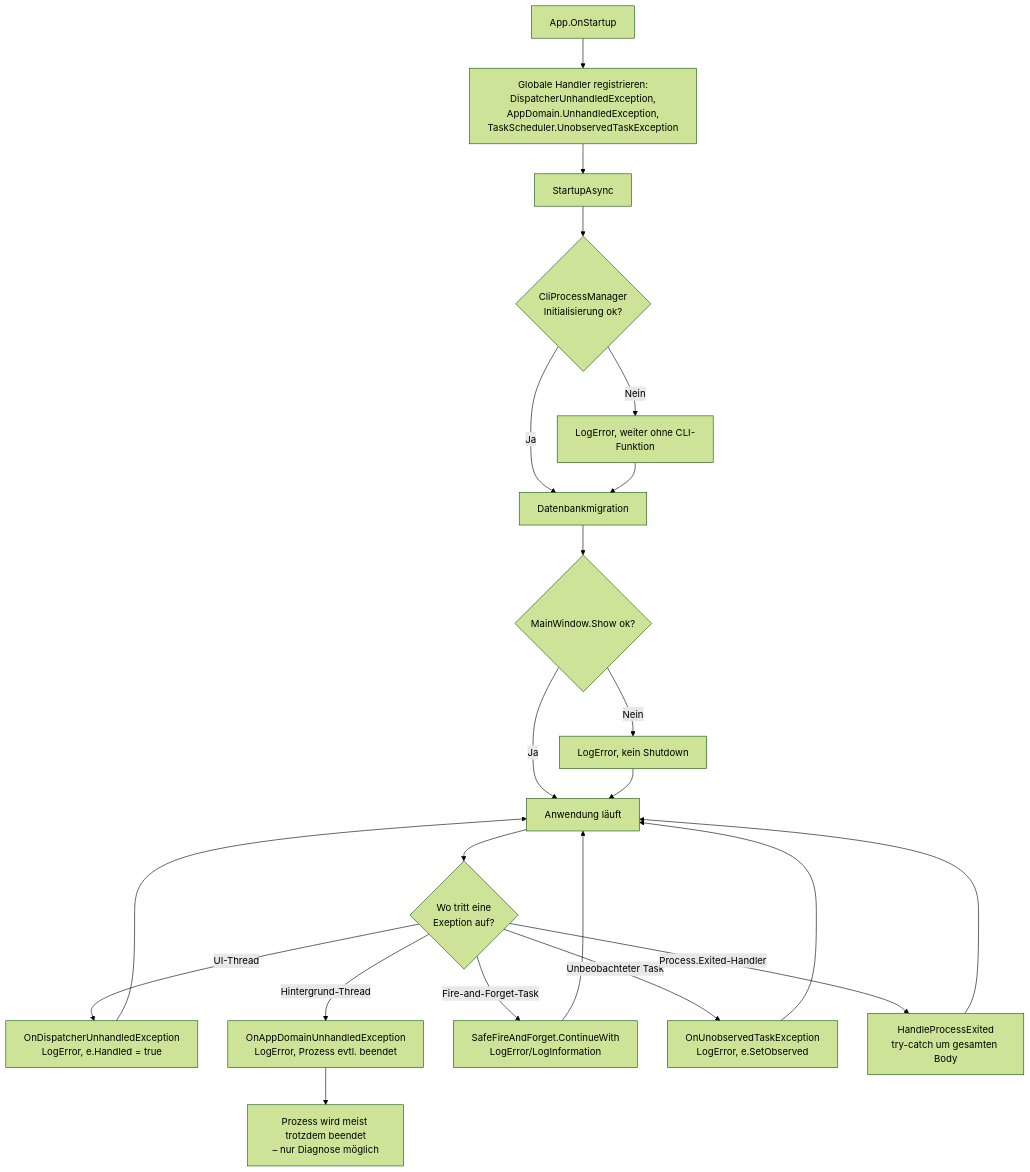
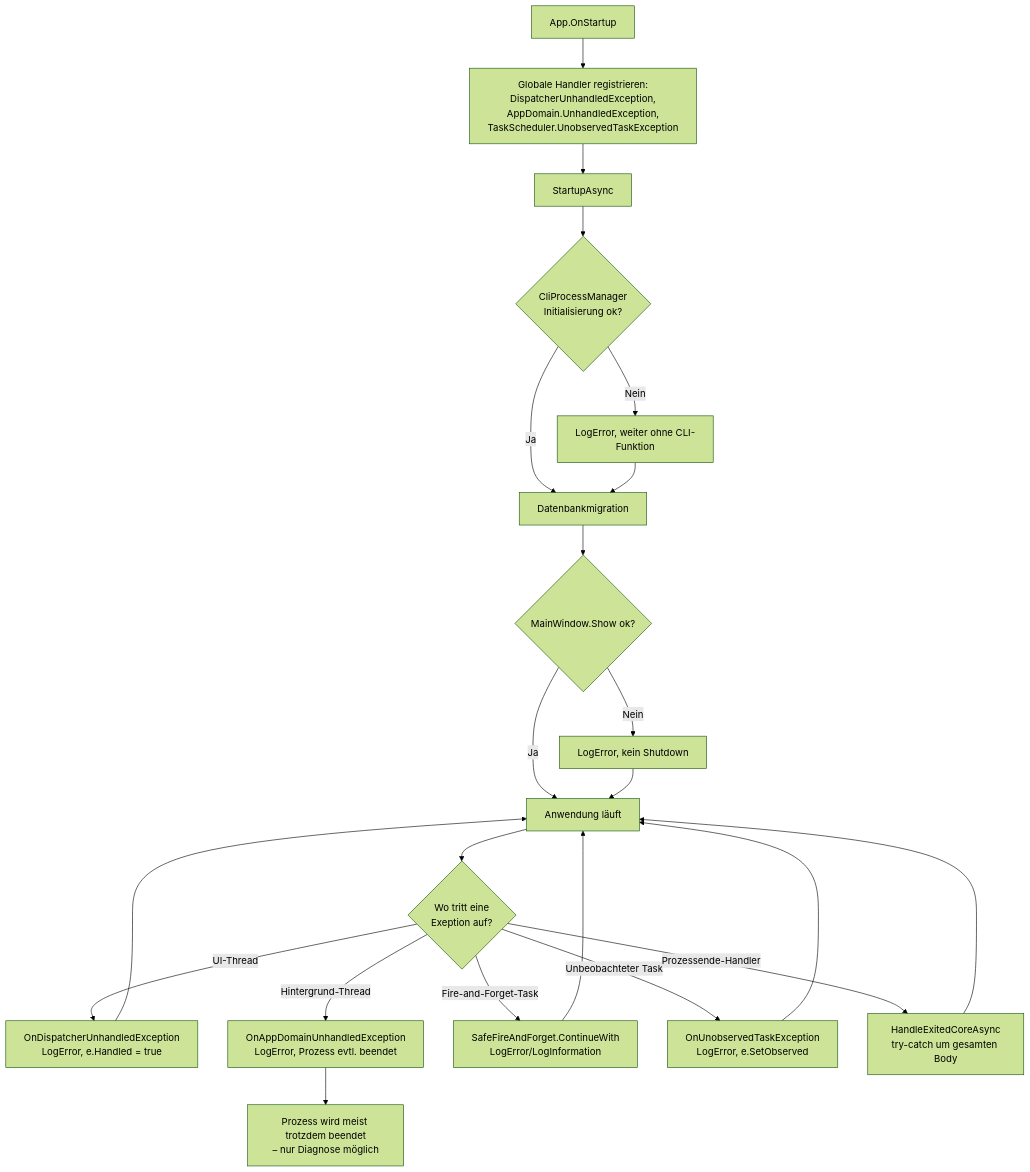
The diagram in docs/help/stabilitaet/ablauf-technisch.md (martin-stromberg/Softwareschmiede), drawn with Mermaid (forest theme) before and after one commit. The commit also changed other lines of this file and 120 other files, not shown here.

````diff
--- a/docs/help/stabilitaet/ablauf-technisch.md
+++ b/docs/help/stabilitaet/ablauf-technisch.md
@@ -117,26 +118,26 @@
 ```mermaid
 flowchart TD
     START[App.OnStartup] --> REG[Globale Handler registrieren:\nDispatcherUnhandledException,\nAppDomain.UnhandledException,\nTaskScheduler.UnobservedTaskException]
     REG --> STARTUP[StartupAsync]
     STARTUP --> CLIMGR{CliProcessManager\nInitialisierung ok?}
     CLIMGR -- Nein --> LOGCLI[LogError, weiter ohne CLI-Funktion]
     CLIMGR -- Ja --> DBMIG[Datenbankmigration]
     LOGCLI --> DBMIG
     DBMIG --> SHOW{MainWindow.Show ok?}
     SHOW -- Nein --> LOGSHOW[LogError, kein Shutdown]
     SHOW -- Ja --> RUNNING[Anwendung läuft]
     LOGSHOW --> RUNNING
 
     RUNNING --> EXC{Wo tritt eine\nExeption auf?}
     EXC -- UI-Thread --> UIH[OnDispatcherUnhandledException\nLogError, e.Handled = true]
     EXC -- Hintergrund-Thread --> BGH[OnAppDomainUnhandledException\nLogError, Prozess evtl. beendet]
     EXC -- Fire-and-Forget-Task --> FFH[SafeFireAndForget.ContinueWith\nLogError/LogInformation]
     EXC -- Unbeobachteter Task --> UTH[OnUnobservedTaskException\nLogError, e.SetObserved]
-    EXC -- Process.Exited-Handler --> PEH[HandleProcessExited\ntry-catch um gesamten Body]
+    EXC -- Prozessende-Handler --> PEH[HandleExitedCoreAsync\ntry-catch um gesamten Body]
 
     UIH --> RUNNING
     FFH --> RUNNING
     UTH --> RUNNING
     PEH --> RUNNING
     BGH --> ENDE[Prozess wird meist trotzdem beendet\n– nur Diagnose möglich]
 ```
````
